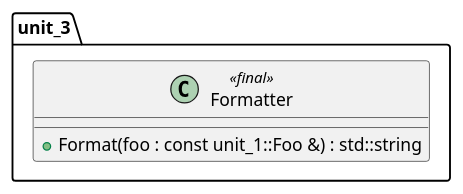
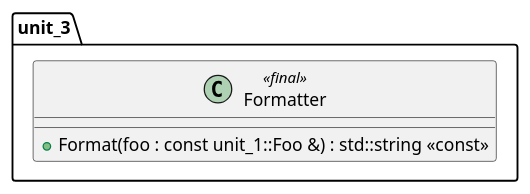
The diagram in bazel/rules/rules_score/examples/seooc/unit_3/docs/unit_3_class_diagram.puml (eclipse-score/tooling), drawn with PlantUML before and after one commit. The commit also changed 51 other files, not shown here.

```diff
--- a/bazel/rules/rules_score/examples/seooc/unit_3/docs/unit_3_class_diagram.puml
+++ b/bazel/rules/rules_score/examples/seooc/unit_3/docs/unit_3_class_diagram.puml
@@ -14,9 +14,9 @@
 @startuml unit_3_class_diagram
 
 namespace unit_3 {
     class Formatter <<final>> {
-        + Format(foo : const unit_1::Foo &) : std::string
+        + Format(foo : const unit_1::Foo &) : std::string <<const>>
     }
 }
 
 @enduml
```
